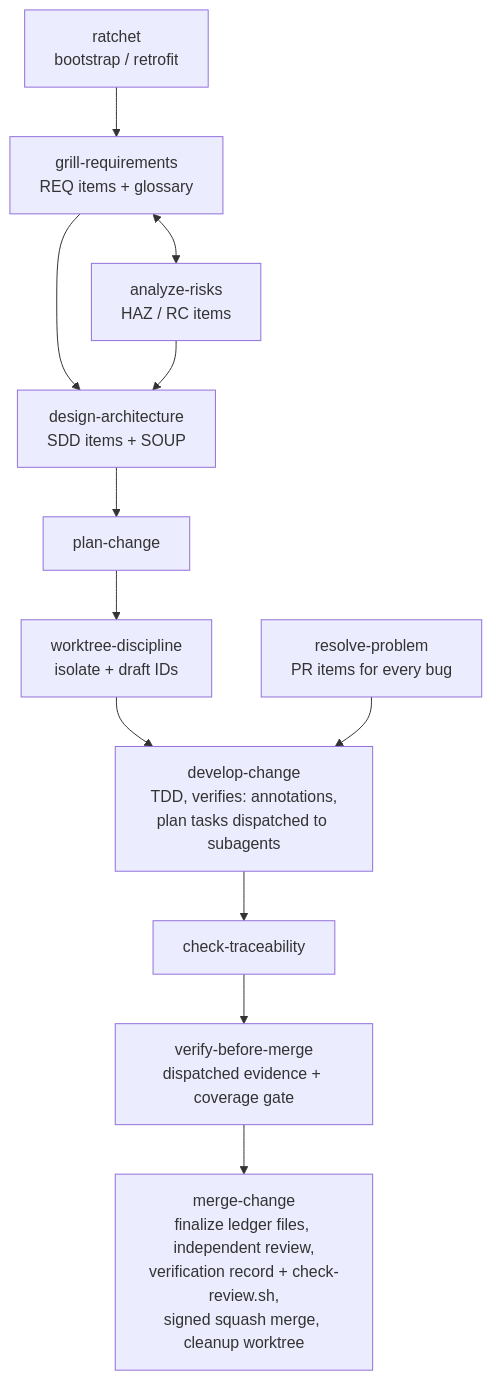
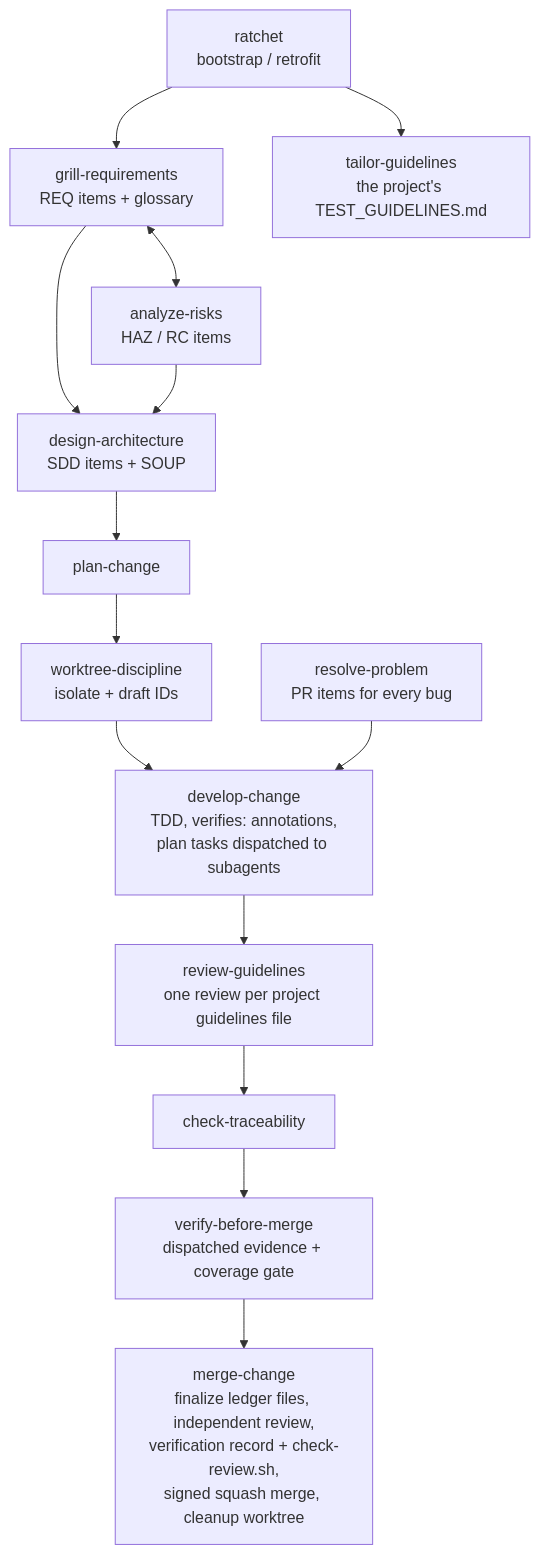
The diagram in README.md (Jan-Jan/guardrails), drawn with Mermaid before and after one commit. The commit also changed other lines of this file and 31 other files, not shown here.

First line of the commit message:
docs: skills keep the compliance floor; test preferences live in one project file

````diff
--- a/README.md
+++ b/README.md
@@ -42,14 +42,16 @@
 ```mermaid
 flowchart TD
     R[ratchet<br/>bootstrap / retrofit] --> G[grill-requirements<br/>REQ items + glossary]
+    R --> TG[tailor-guidelines<br/>the project's TEST_GUIDELINES.md]
     G <--> A[analyze-risks<br/>HAZ / RC items]
     G --> D[design-architecture<br/>SDD items + SOUP]
     A --> D
     D --> P[plan-change]
     P --> W[worktree-discipline<br/>isolate + draft IDs]
     W --> DEV[develop-change<br/>TDD, verifies: annotations,<br/>plan tasks dispatched to subagents]
     B[resolve-problem<br/>PR items for every bug] --> DEV
-    DEV --> CT[check-traceability]
+    DEV --> RG[review-guidelines<br/>one review per project guidelines file]
+    RG --> CT[check-traceability]
     CT --> V[verify-before-merge<br/>dispatched evidence + coverage gate]
     V --> M[merge-change<br/>finalize ledger files, independent review,<br/>verification record + check-review.sh,<br/>signed squash merge, cleanup worktree]
 ```
````
